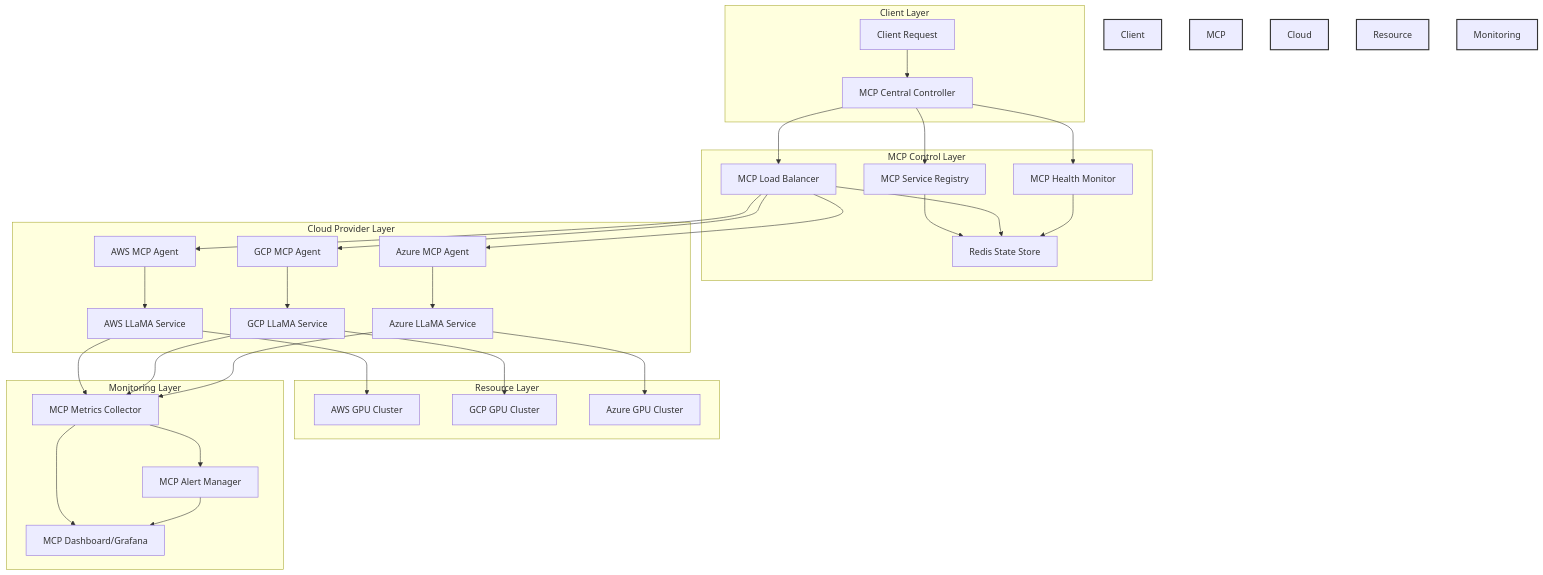
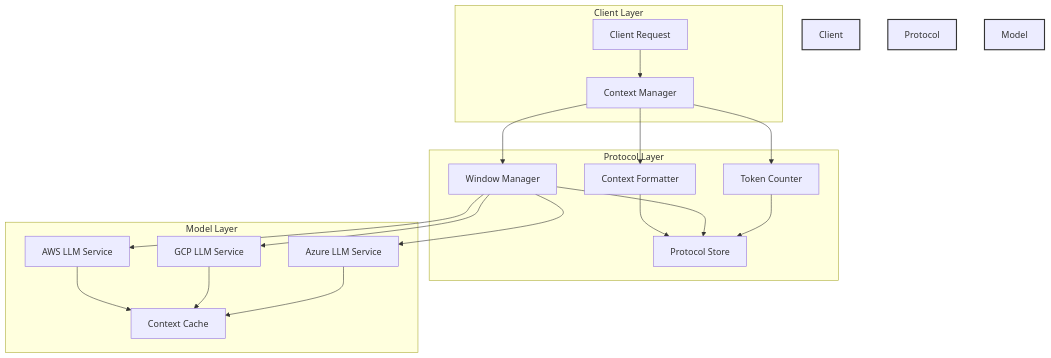
Before and after one commit to prodxcloud/fullstack-devops-cloud-ai-complete-handbook: the diagram in AI/articles/building-scalable-multi-cloud-llm-service.md, drawn with Mermaid. The commit also changed other lines of this file and 2 other files, not shown here.

````diff
--- a/AI/articles/building-scalable-multi-cloud-llm-service.md
+++ b/AI/articles/building-scalable-multi-cloud-llm-service.md
@@ -39,52 +19,30 @@
 ```mermaid
 graph TD
     subgraph Client Layer
-        A[Client Request] --> B[MCP Central Controller]
+        A[Client Request] --> B[Context Manager]
     end
 
-    subgraph MCP Control Layer
-        B --> C[MCP Service Registry]
-        B --> D[MCP Load Balancer]
-        B --> E[MCP Health Monitor]
+    subgraph Protocol Layer
+        B --> C[Context Formatter]
+        B --> D[Window Manager]
+        B --> E[Token Counter]
         
-        C --> F[Redis State Store]
+        C --> F[Protocol Store]
         D --> F
         E --> F
     end
 
-    subgraph Cloud Provider Layer
-        D --> G[AWS MCP Agent]
-        D --> H[GCP MCP Agent]
-        D --> I[Azure MCP Agent]
+    subgraph Model Layer
+        D --> G[AWS LLM Service]
+        D --> H[GCP LLM Service]
+        D --> I[Azure LLM Service]
         
-        G --> J[AWS LLaMA Service]
-        H --> K[GCP LLaMA Service]
-        I --> L[Azure LLaMA Service]
-    end
-
-    subgraph Resource Layer
-        J --> M[AWS GPU Cluster]
-        K --> N[GCP GPU Cluster]
-        L --> O[Azure GPU Cluster]
-    end
-
-    subgraph Monitoring Layer
-        P[MCP Metrics Collector]
-        Q[MCP Alert Manager]
-        R[MCP Dashboard/Grafana]
-        
-        J --> P
-        K --> P
-        L --> P
-        
-        P --> R
-        P --> Q
-        Q --> R
+        G --> J[Context Cache]
+        H --> J
+        I --> J
     end
 
     style Client Layer fill:#f9f,stroke:#333,stroke-width:2px
-    style MCP Control Layer fill:#bbf,stroke:#333,stroke-width:2px
-    style Cloud Provider Layer fill:#bfb,stroke:#333,stroke-width:2px
-    style Resource Layer fill:#fbb,stroke:#333,stroke-width:2px
-    style Monitoring Layer fill:#ffb,stroke:#333,stroke-width:2px
+    style Protocol Layer fill:#bbf,stroke:#333,stroke-width:2px
+    style Model Layer fill:#bfb,stroke:#333,stroke-width:2px
 ```
````
